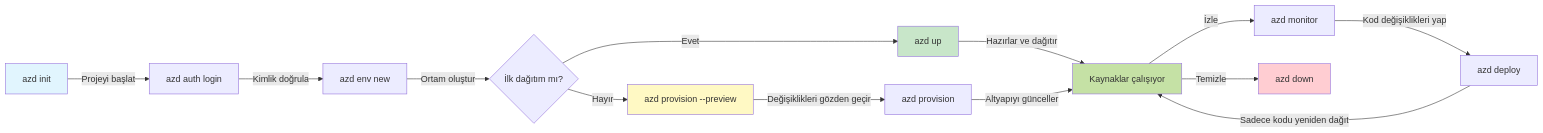
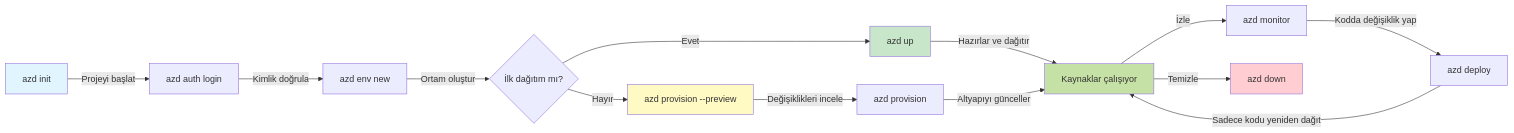
Before and after one commit to microsoft/AZD-for-beginners: the first of 2 diagrams in translations/tr/docs/chapter-01-foundation/azd-basics.md, drawn with Mermaid. The commit also changed other lines of this file and 104 other files, not shown here.

````diff
--- a/translations/tr/docs/chapter-01-foundation/azd-basics.md
+++ b/translations/tr/docs/chapter-01-foundation/azd-basics.md
@@ -269,21 +269,21 @@
 ```mermaid
 graph LR
     A[azd init] -->|Projeyi başlat| B[azd auth login]
     B -->|Kimlik doğrula| C[azd env new]
     C -->|Ortam oluştur| D{İlk dağıtım mı?}
     D -->|Evet| E[azd up]
     D -->|Hayır| F[azd provision --preview]
-    F -->|Değişiklikleri gözden geçir| G[azd provision]
+    F -->|Değişiklikleri incele| G[azd provision]
     E -->|Hazırlar ve dağıtır| H[Kaynaklar çalışıyor]
     G -->|Altyapıyı günceller| H
     H -->|İzle| I[azd monitor]
-    I -->|Kod değişiklikleri yap| J[azd deploy]
+    I -->|Kodda değişiklik yap| J[azd deploy]
     J -->|Sadece kodu yeniden dağıt| H
     H -->|Temizle| K[azd down]
     
     style A fill:#e1f5fe
     style E fill:#c8e6c9
     style F fill:#fff9c4
     style H fill:#c5e1a5
     style K fill:#ffcdd2
 ```
````
